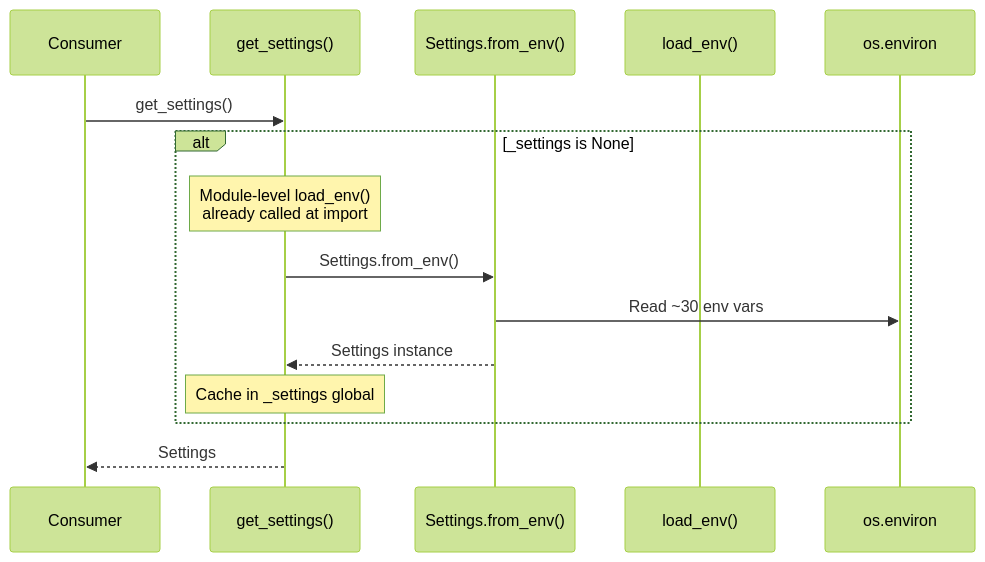
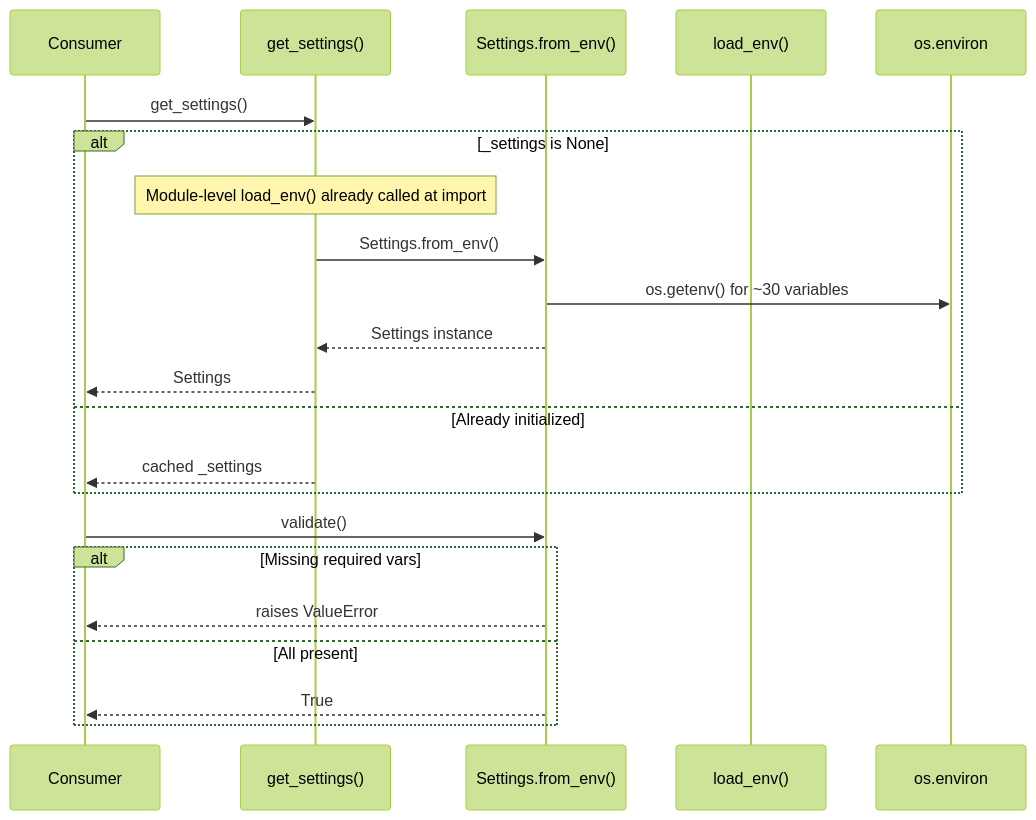
One commit to jmac-cornelis/agent-workforce changed the fourth of 4 diagrams in docs/config.md. Above: the diagram before and after it, drawn with Mermaid (forest theme). The commit also changed other lines of this file and 7 other files, not shown here.

````diff
--- a/docs/config.md
+++ b/docs/config.md
@@ -134,18 +143,25 @@
 ```mermaid
 sequenceDiagram
     participant Consumer
     participant get_settings as get_settings()
     participant Settings as Settings.from_env()
     participant load_env as load_env()
     participant env as os.environ
 
     Consumer->>get_settings: get_settings()
     alt _settings is None
-        Note over get_settings: Module-level load_env()<br/>already called at import
+        Note over get_settings: Module-level load_env() already called at import
         get_settings->>Settings: Settings.from_env()
-        Settings->>env: Read ~30 env vars
+        Settings->>env: os.getenv() for ~30 variables
         Settings-->>get_settings: Settings instance
-        Note over get_settings: Cache in _settings global
+        get_settings-->>Consumer: Settings
+    else Already initialized
+        get_settings-->>Consumer: cached _settings
     end
-    get_settings-->>Consumer: Settings
+    Consumer->>Settings: validate()
+    alt Missing required vars
+        Settings-->>Consumer: raises ValueError
+    else All present
+        Settings-->>Consumer: True
+    end
 ```
````
